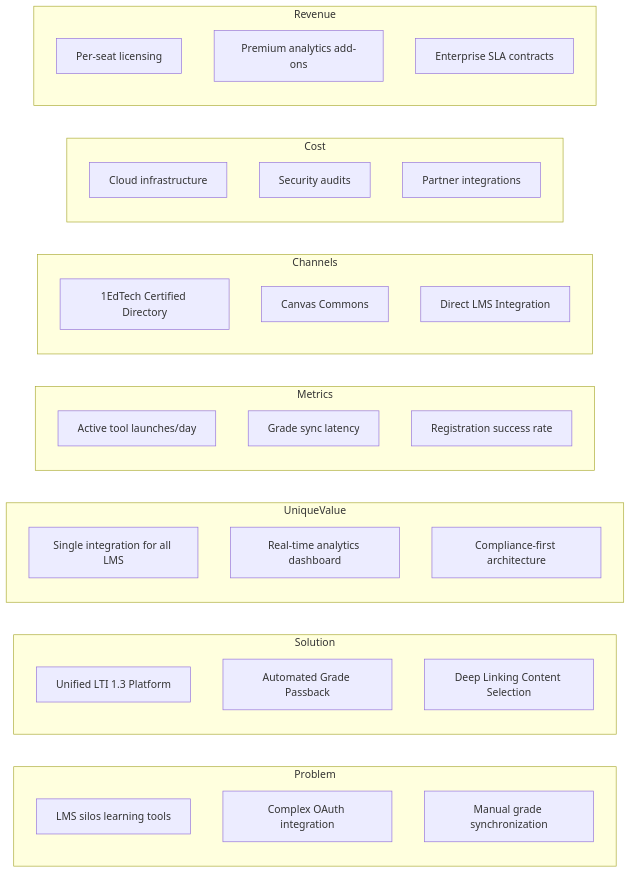
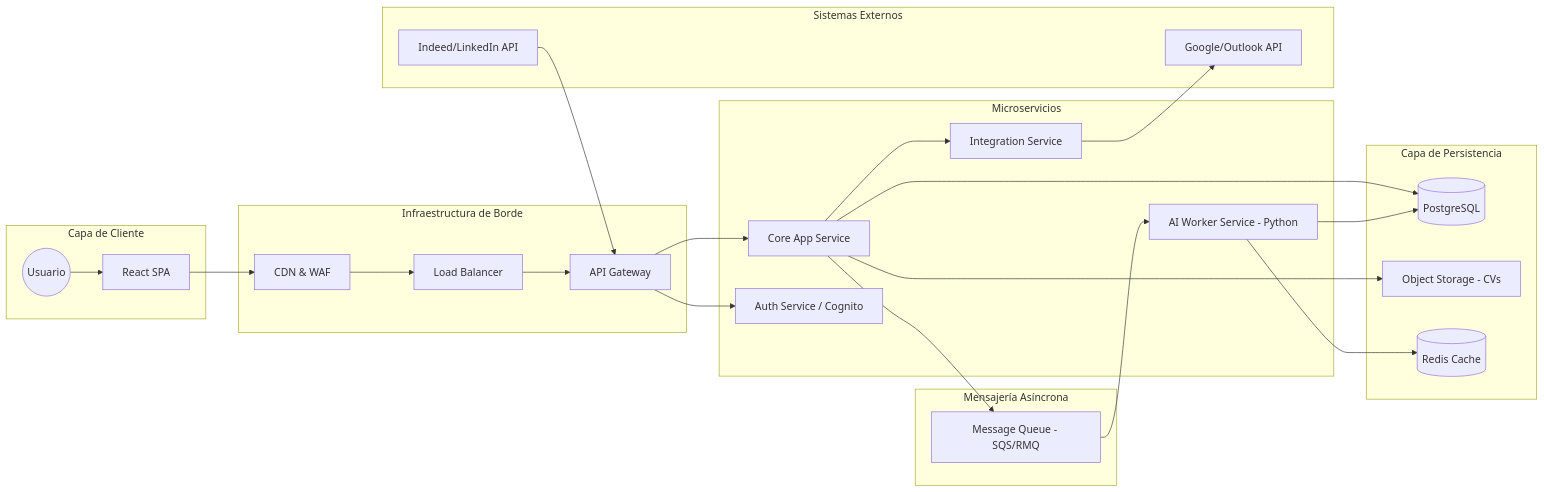
One commit to a13marquez/Ai4Devs-design1-2026-03-Senior changed the fourth of 5 diagrams in LTI-AMJ/LTI-AMJ.md. Above: the diagram before and after it, drawn with Mermaid. The commit also changed other lines of this file and 4 other files, not shown here.

````diff
--- a/LTI-AMJ/LTI-AMJ.md
+++ b/LTI-AMJ/LTI-AMJ.md
@@ -62,44 +371,55 @@
 ```mermaid
-flowchart LR
-    subgraph Problem
-        P1[LMS silos learning tools]
-        P2[Complex OAuth integration]
-        P3[Manual grade synchronization]
+graph LR
+    subgraph Client_Layer [Capa de Cliente]
+        User((Usuario))
+        Web[React SPA]
     end
+
+    subgraph Edge_Infrastructure [Infraestructura de Borde]
+        CDN[CDN & WAF]
+        LB[Load Balancer]
+        GW[API Gateway]
+    end
+
+    subgraph Service_Mesh [Microservicios]
+        Core[Core App Service]
+        Auth[Auth Service / Cognito]
+        IntSvc[Integration Service]
+        AISvc[AI Worker Service - Python]
+    end
+
+    subgraph Event_Bus [Mensajería Asíncrona]
+        Queue[Message Queue - SQS/RMQ]
+    end
+
+    subgraph Data_Persistence [Capa de Persistencia]
+        DB[(PostgreSQL)]
+        S3[Object Storage - CVs]
+        Redis[(Redis Cache)]
+    end
+
+    subgraph External_Systems [Sistemas Externos]
+        Calendars[Google/Outlook API]
+        Jobs[Indeed/LinkedIn API]
+    end
+
+    %% Conexiones
+    User --> Web
+    Web --> CDN
+    CDN --> LB
+    LB --> GW
+    GW --> Auth
+    GW --> Core
     
-    subgraph Solution
-        S1[Unified LTI 1.3 Platform]
-        S2[Automated Grade Passback]
-        S3[Deep Linking Content Selection]
-    end
+    Core --> DB
+    Core --> S3
+    Core --> Queue
+    Core --> IntSvc
     
-    subgraph UniqueValue
-        UV1[Single integration for all LMS]
-        UV2[Real-time analytics dashboard]
-        UV3[Compliance-first architecture]
-    end
+    Queue --> AISvc
+    AISvc --> DB
+    AISvc --> Redis
     
-    subgraph Metrics
-        M1[Active tool launches/day]
-        M2[Grade sync latency]
-        M3[Registration success rate]
-    end
-    
-    subgraph Channels
-        C1[1EdTech Certified Directory]
-        C2[Canvas Commons]
-        C3[Direct LMS Integration]
-    end
-    
-    subgraph Cost
-        CO1[Cloud infrastructure]
-        CO2[Security audits]
-        CO3[Partner integrations]
-    end
-    
-    subgraph Revenue
-        R1[Per-seat licensing]
-        R2[Premium analytics add-ons]
-        R3[Enterprise SLA contracts]
-    end
+    IntSvc --> Calendars
+    Jobs --> GW
 ```
````
